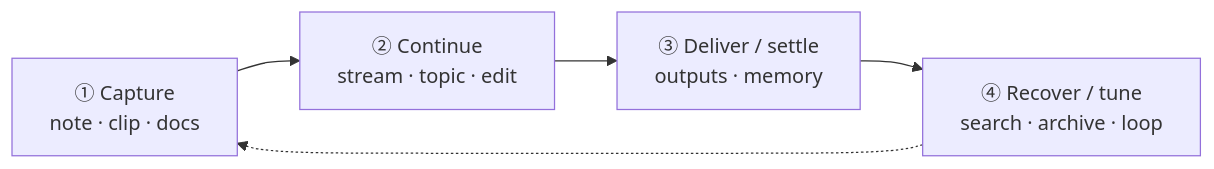
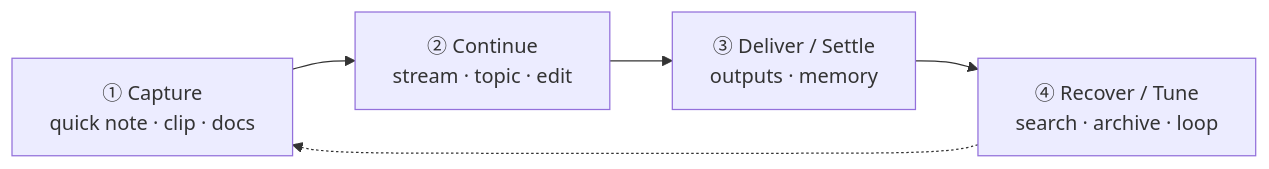
The diagram in README.en.md (topmindspace/topmind), drawn with Mermaid before and after one commit. The commit also changed other lines of this file and 98 other files, not shown here.

````diff
--- a/README.en.md
+++ b/README.en.md
@@ -84,7 +77,7 @@
 ```mermaid
 flowchart LR
-  A["① Capture<br/>note · clip · docs"] --> B["② Continue<br/>stream · topic · edit"]
-  B --> C["③ Deliver / settle<br/>outputs · memory"]
-  C --> D["④ Recover / tune<br/>search · archive · loop"]
+  A["① Capture<br/>quick note · clip · docs"] --> B["② Continue<br/>stream · topic · edit"]
+  B --> C["③ Deliver / Settle<br/>outputs · memory"]
+  C --> D["④ Recover / Tune<br/>search · archive · loop"]
   D -.-> A
 ```
````
